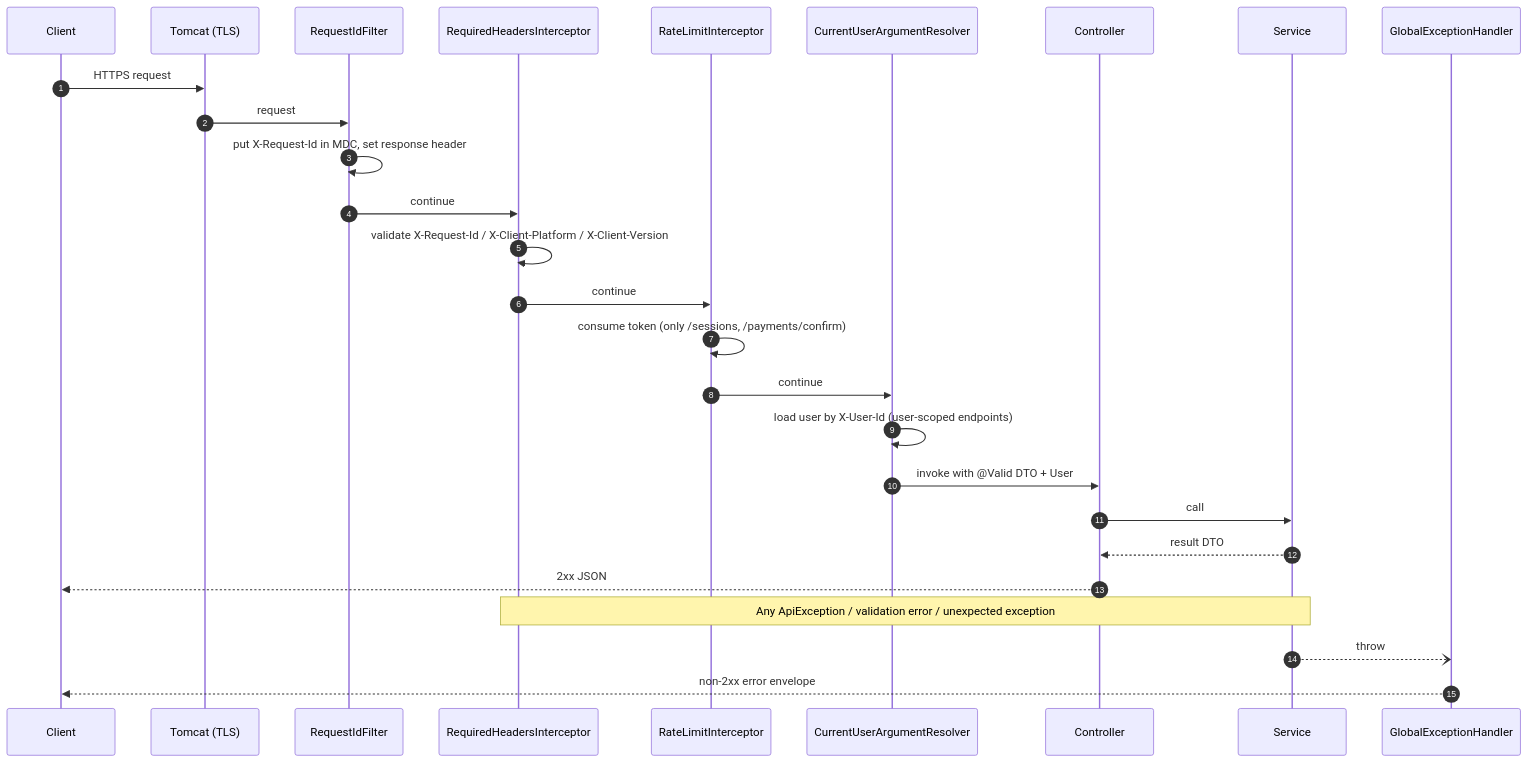
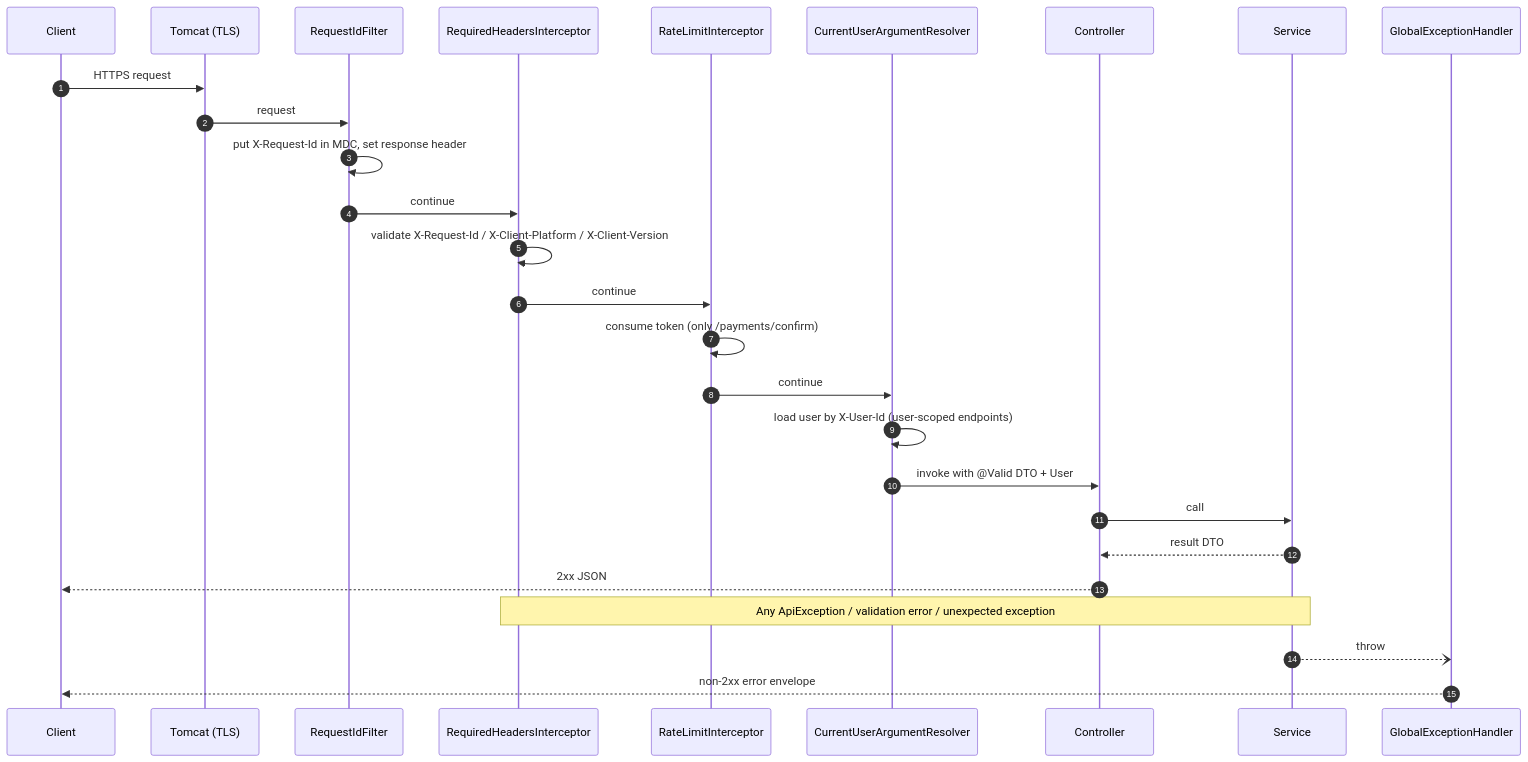
One commit to M-o-m-e-n/Momkn-pay-backend changed the fourth of 10 diagrams in docs/HLD.md. Above: the diagram before and after it, drawn with Mermaid. The commit also changed other lines of this file and 3 other files, not shown here.

````diff
--- a/docs/HLD.md
+++ b/docs/HLD.md
@@ -163,30 +162,30 @@
 ```mermaid
 sequenceDiagram
     autonumber
     participant Cl as Client
     participant T as Tomcat (TLS)
     participant RF as RequestIdFilter
     participant HI as RequiredHeadersInterceptor
     participant RL as RateLimitInterceptor
     participant AR as CurrentUserArgumentResolver
     participant Ctl as Controller
     participant Svc as Service
     participant EH as GlobalExceptionHandler
 
     Cl->>T: HTTPS request
     T->>RF: request
     RF->>RF: put X-Request-Id in MDC, set response header
     RF->>HI: continue
     HI->>HI: validate X-Request-Id / X-Client-Platform / X-Client-Version
     HI->>RL: continue
-    RL->>RL: consume token (only /sessions, /payments/confirm)
+    RL->>RL: consume token (only /payments/confirm)
     RL->>AR: continue
     AR->>AR: load user by X-User-Id (user-scoped endpoints)
     AR->>Ctl: invoke with @Valid DTO + User
     Ctl->>Svc: call
     Svc-->>Ctl: result DTO
     Ctl-->>Cl: 2xx JSON
     Note over HI,Svc: Any ApiException / validation error / unexpected exception
     Svc--)EH: throw
     EH-->>Cl: non-2xx error envelope
 ```
````
